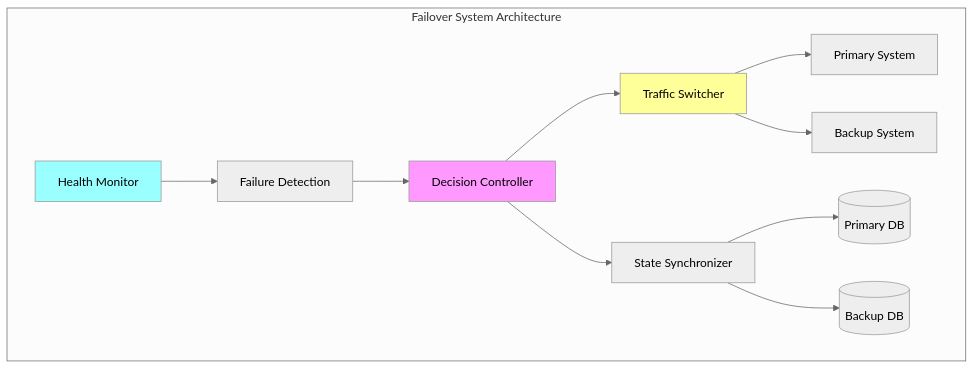
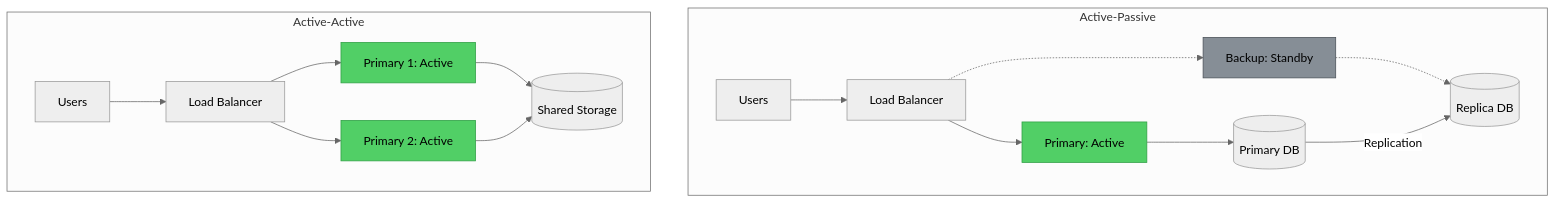
One commit to deepaucksharma/DStudio changed the second of 6 diagrams in docs/pattern-library/resilience/failover.md. Above: the diagram before and after it, drawn with Mermaid (neutral theme). The commit also changed other lines of this file and 119 other files, not shown here.

````diff
--- a/docs/pattern-library/resilience/failover.md
+++ b/docs/pattern-library/resilience/failover.md
@@ -135,25 +103,25 @@
 ```mermaid
 graph TB
-    subgraph "Failover System Architecture"
-        HM[Health Monitor]
-        FD[Failure Detection]
-        DC[Decision Controller]
-        TS[Traffic Switcher]
-        SS[State Synchronizer]
-        
-        HM --> FD
-        FD --> DC
-        DC --> TS
-        DC --> SS
-        
-        TS --> Primary[Primary System]
-        TS --> Backup[Backup System]
-        
-        SS --> PrimDB[(Primary DB)]
-        SS --> BackDB[(Backup DB)]
+    subgraph "Active-Passive"
+        AP_U[Users] --> AP_LB[Load Balancer]
+        AP_LB --> AP_P[Primary: Active]
+        AP_LB -.-> AP_B[Backup: Standby]
+        AP_P --> AP_DB[(Primary DB)]
+        AP_B -.-> AP_DB2[(Replica DB)]
+        AP_DB --> |Replication| AP_DB2
     end
     
-    style HM fill:#9ff
-    style DC fill:#f9f
-    style TS fill:#ff9
+    subgraph "Active-Active"
+        AA_U[Users] --> AA_LB[Load Balancer]
+        AA_LB --> AA_P1[Primary 1: Active]
+        AA_LB --> AA_P2[Primary 2: Active]
+        AA_P1 --> AA_DB[(Shared Storage)]
+        AA_P2 --> AA_DB
+    end
+    
+    classDef active fill:#51cf66,stroke:#2f9e44
+    classDef standby fill:#868e96,stroke:#495057
+    
+    class AP_P,AA_P1,AA_P2 active
+    class AP_B standby
 ```
````
